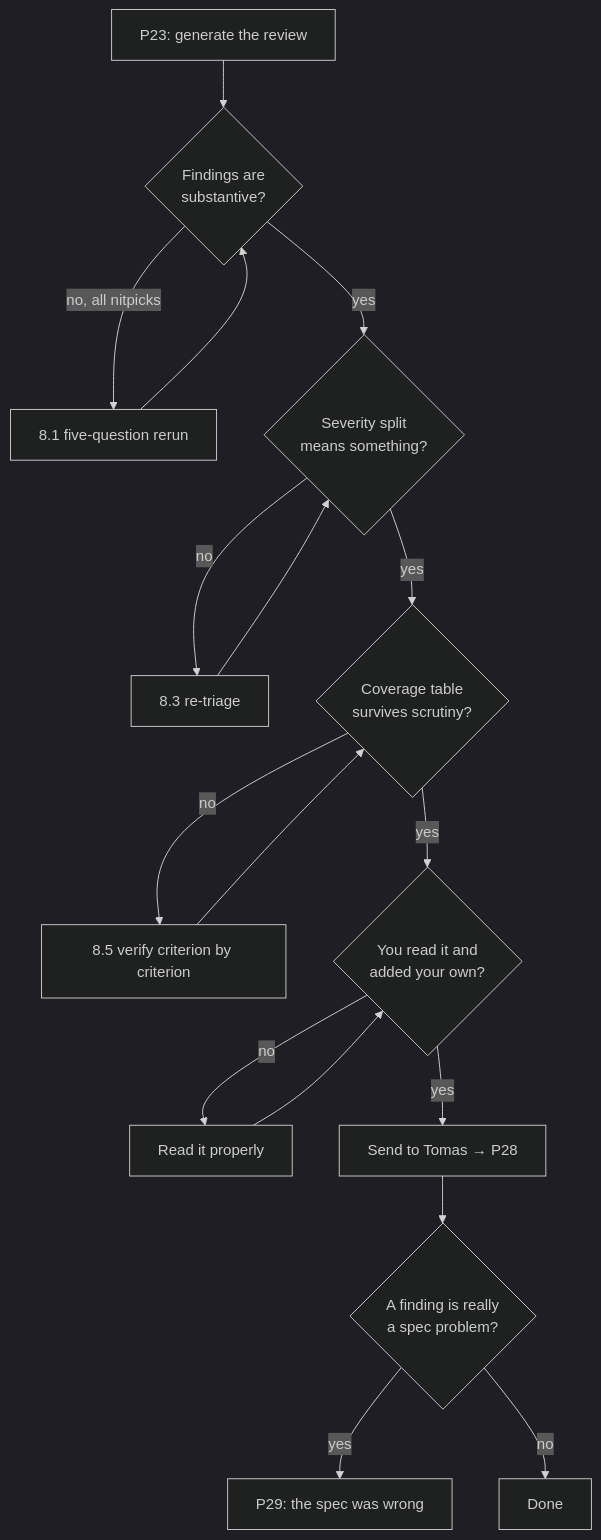
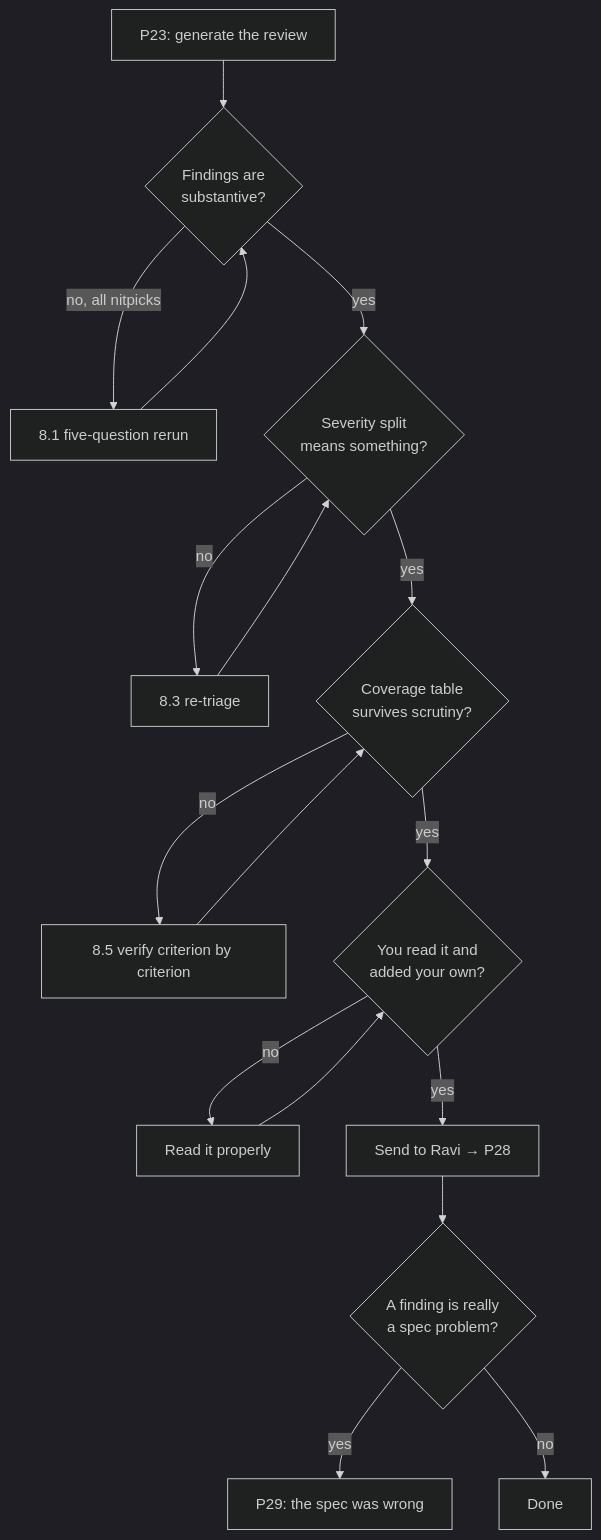
The diagram in AI-Agile-Development/AI-Prompts-Library/phase-5-verify/P23-review-someone-elses-code.md (hemsingh81/learning-system-designs), drawn with Mermaid (dark theme) before and after one commit. The commit also changed other lines of this file and 99 other files, not shown here.

````diff
--- a/AI-Agile-Development/AI-Prompts-Library/phase-5-verify/P23-review-someone-elses-code.md
+++ b/AI-Agile-Development/AI-Prompts-Library/phase-5-verify/P23-review-someone-elses-code.md
@@ -775,19 +775,19 @@
 ```mermaid
 flowchart TD
     A[P23: generate the review] --> B{Findings are<br/>substantive?}
     B -- no, all nitpicks --> C[8.1 five-question rerun]
     C --> B
     B -- yes --> D{Severity split<br/>means something?}
     D -- no --> E[8.3 re-triage]
     E --> D
     D -- yes --> F{Coverage table<br/>survives scrutiny?}
     F -- no --> G[8.5 verify criterion by criterion]
     G --> F
     F -- yes --> H{You read it and<br/>added your own?}
     H -- no --> I[Read it properly]
     I --> H
-    H -- yes --> J[Send to Tomas → P28]
+    H -- yes --> J[Send to Ravi → P28]
     J --> K{A finding is really<br/>a spec problem?}
     K -- yes --> L[P29: the spec was wrong]
     K -- no --> M[Done]
 ```
````
